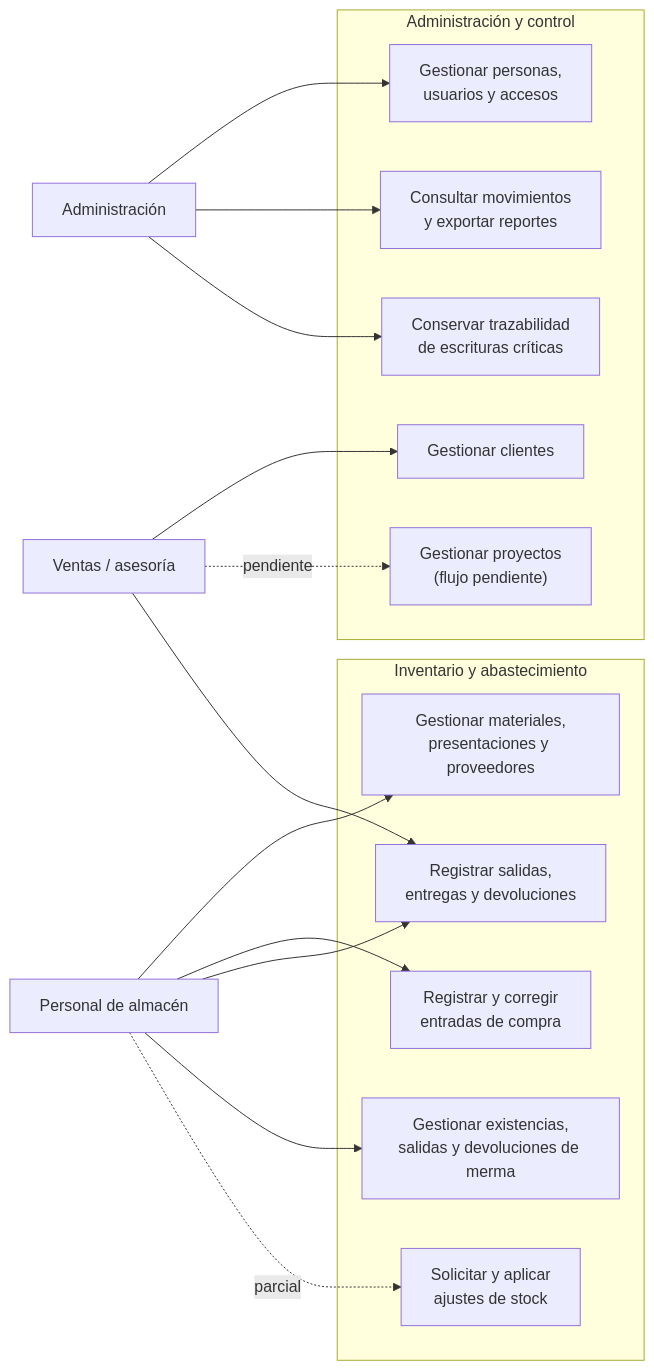
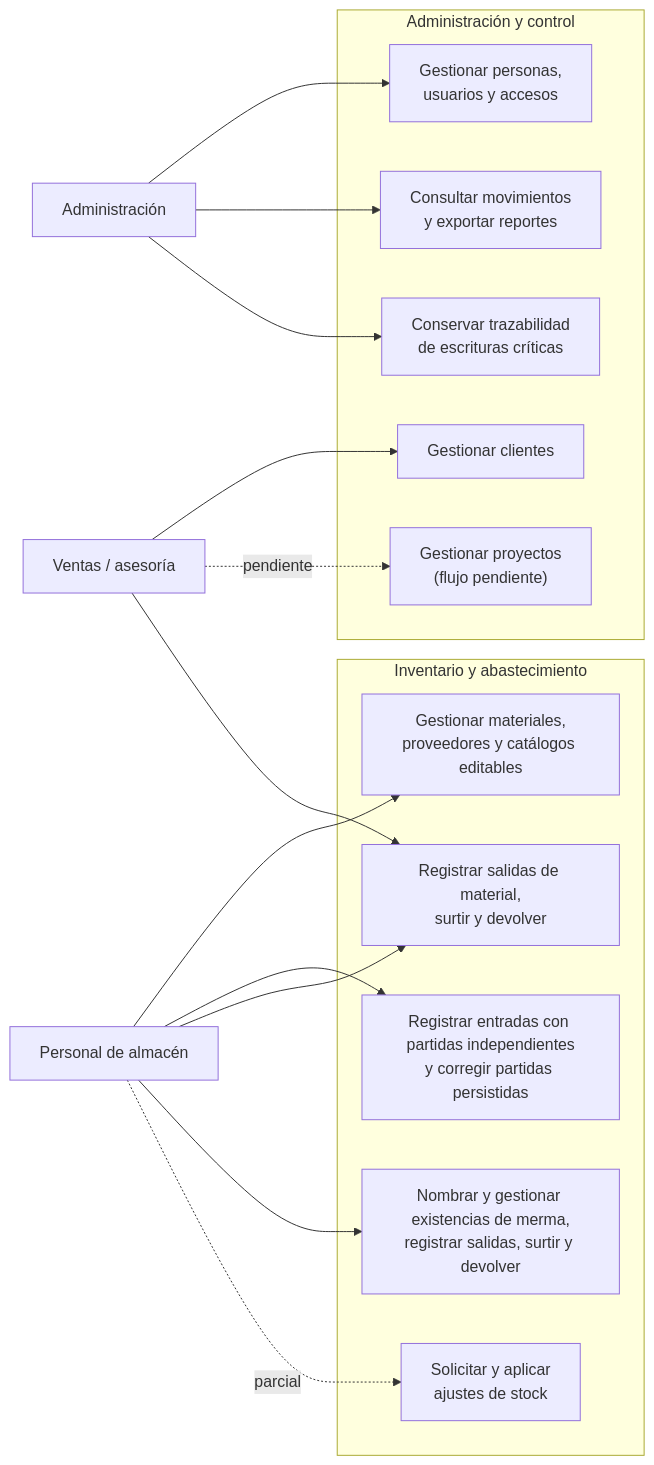
One commit to gpgsistemas01/nexus changed the first of 4 diagrams in docs/requirements-diagrams.md. Above: the diagram before and after it, drawn with Mermaid. The commit also changed other lines of this file, not shown here.

Commit message:
docs: corrige diagramas de requisitos existentes

````diff
--- a/docs/requirements-diagrams.md
+++ b/docs/requirements-diagrams.md
@@ -20,31 +20,31 @@
 ```mermaid
 flowchart LR
     warehouse["Personal de almacén"]
     sales["Ventas / asesoría"]
     admin["Administración"]
     subgraph inventory["Inventario y abastecimiento"]
-        catalogs["Gestionar materiales,<br/>presentaciones y proveedores"]
-        receipts["Registrar y corregir<br/>entradas de compra"]
-        issues["Registrar salidas,<br/>entregas y devoluciones"]
-        wastes["Gestionar existencias,<br/>salidas y devoluciones de merma"]
+        catalogs["Gestionar materiales,<br/>proveedores y catálogos editables"]
+        receipts["Registrar entradas con partidas independientes<br/>y corregir partidas persistidas"]
+        issues["Registrar salidas de material,<br/>surtir y devolver"]
+        wastes["Nombrar y gestionar existencias de merma,<br/>registrar salidas, surtir y devolver"]
         adjustments["Solicitar y aplicar<br/>ajustes de stock"]
     end
     subgraph governance["Administración y control"]
         people["Gestionar personas,<br/>usuarios y accesos"]
         clients["Gestionar clientes"]
         projects["Gestionar proyectos<br/>(flujo pendiente)"]
         reports["Consultar movimientos<br/>y exportar reportes"]
         audit["Conservar trazabilidad<br/>de escrituras críticas"]
     end
     warehouse --> catalogs
     warehouse --> receipts
     warehouse --> issues
     warehouse --> wastes
     warehouse -.->|"parcial"| adjustments
     sales --> clients
     sales -.->|"pendiente"| projects
     sales --> issues
     admin --> people
     admin --> reports
     admin --> audit
 ```
````
